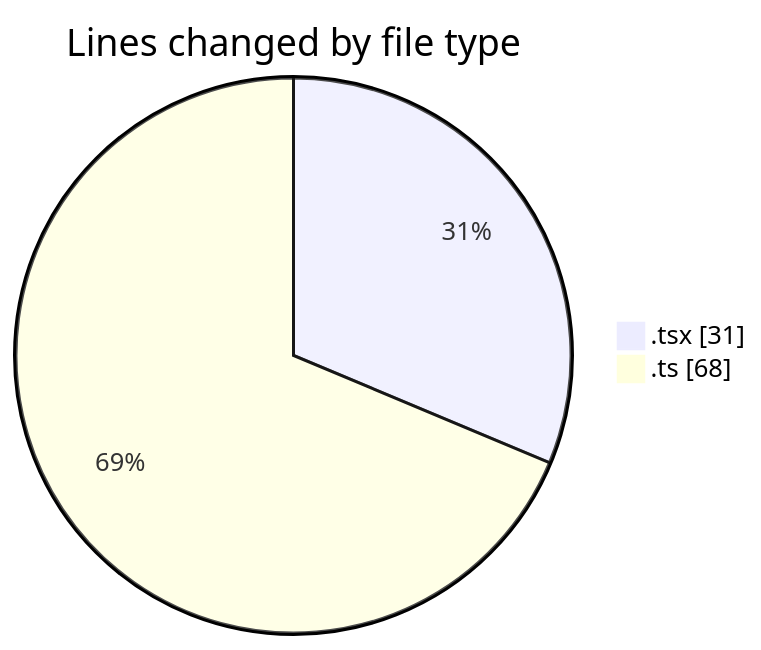
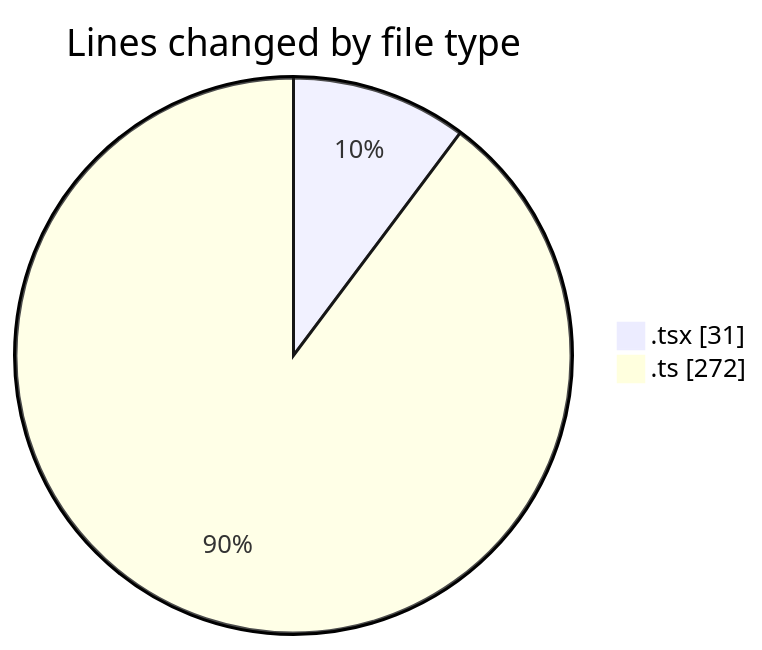
One commit to robertbonfada/code-tracking changed the first of 2 diagrams in 2025-03-17/audiobooks-web/README.md. Above: the diagram before and after it, drawn with Mermaid. The commit also changed other lines of this file and 1 other file, not shown here.

````diff
--- a/2025-03-17/audiobooks-web/README.md
+++ b/2025-03-17/audiobooks-web/README.md
@@ -21,6 +22,6 @@
 ```mermaid
 pie showData
 title Lines changed by file type
 ".tsx" : 31
-".ts" : 68
+".ts" : 272
 ```
````
